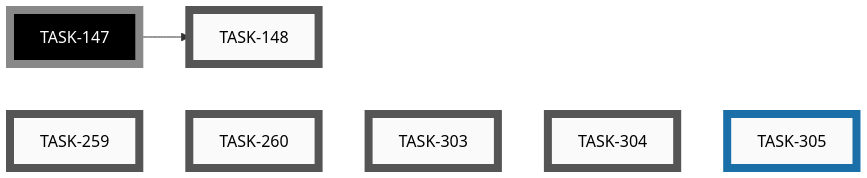
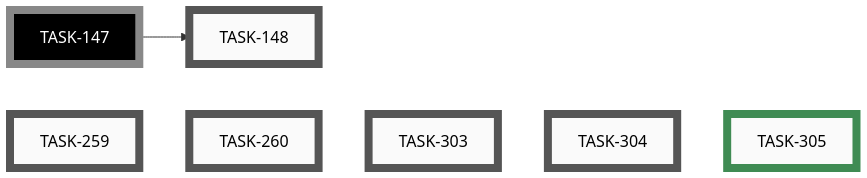
One commit to tgd1975/AwesomeStudioPedal changed the sixth of 6 diagrams in docs/developers/tasks/EPICS.md. Above: the diagram before and after it, drawn with Mermaid. The commit also changed other lines of this file and 60 other files, not shown here.

Commit message:
close TASK-305: Add category field to ideas and surface it in OVERVIEW

````diff
--- a/docs/developers/tasks/EPICS.md
+++ b/docs/developers/tasks/EPICS.md
@@ -209,26 +209,26 @@
 ```mermaid
 graph LR
     TASK_148["TASK-148"]:::open
     TASK_259["TASK-259"]:::open
     TASK_260["TASK-260"]:::open
     TASK_303["TASK-303"]:::open
     TASK_304["TASK-304"]:::open
-    TASK_305["TASK-305"]:::active
+    TASK_305["TASK-305"]:::closed
     TASK_147["TASK-147"]:::openExt
     TASK_147 --> TASK_148
     TASK_259 ~~~ TASK_260 ~~~ TASK_303 ~~~ TASK_304 ~~~ TASK_305
     click TASK_148 "open/task-148-reorganise-developer-documentation.md"
     click TASK_259 "open/task-259-android-app-test-protocol.md"
     click TASK_260 "open/task-260-unify-version-numbers-across-deliverables.md"
     click TASK_303 "open/task-303-simulator-boots-with-demo-loaded.md"
     click TASK_304 "open/task-304-simulator-button-no-hover-reaction.md"
-    click TASK_305 "active/task-305-add-category-field-to-ideas.md"
+    click TASK_305 "closed/task-305-add-category-field-to-ideas.md"
     classDef open    fill:#FAFAFA,stroke:#555,stroke-width:8px,color:#000
     classDef active  fill:#FAFAFA,stroke:#1A6FA8,stroke-width:8px,color:#000
     classDef closed  fill:#FAFAFA,stroke:#3F8B53,stroke-width:8px,color:#000
     classDef paused  fill:#FAFAFA,stroke:#B07810,stroke-width:8px,color:#000
     classDef openExt    fill:#000,stroke:#888,stroke-width:8px,color:#FFF
     classDef activeExt  fill:#000,stroke:#3FA9F5,stroke-width:8px,color:#FFF
     classDef closedExt  fill:#000,stroke:#7CC68A,stroke-width:8px,color:#FFF
     classDef pausedExt  fill:#000,stroke:#F0B030,stroke-width:8px,color:#FFF
 ```
````
